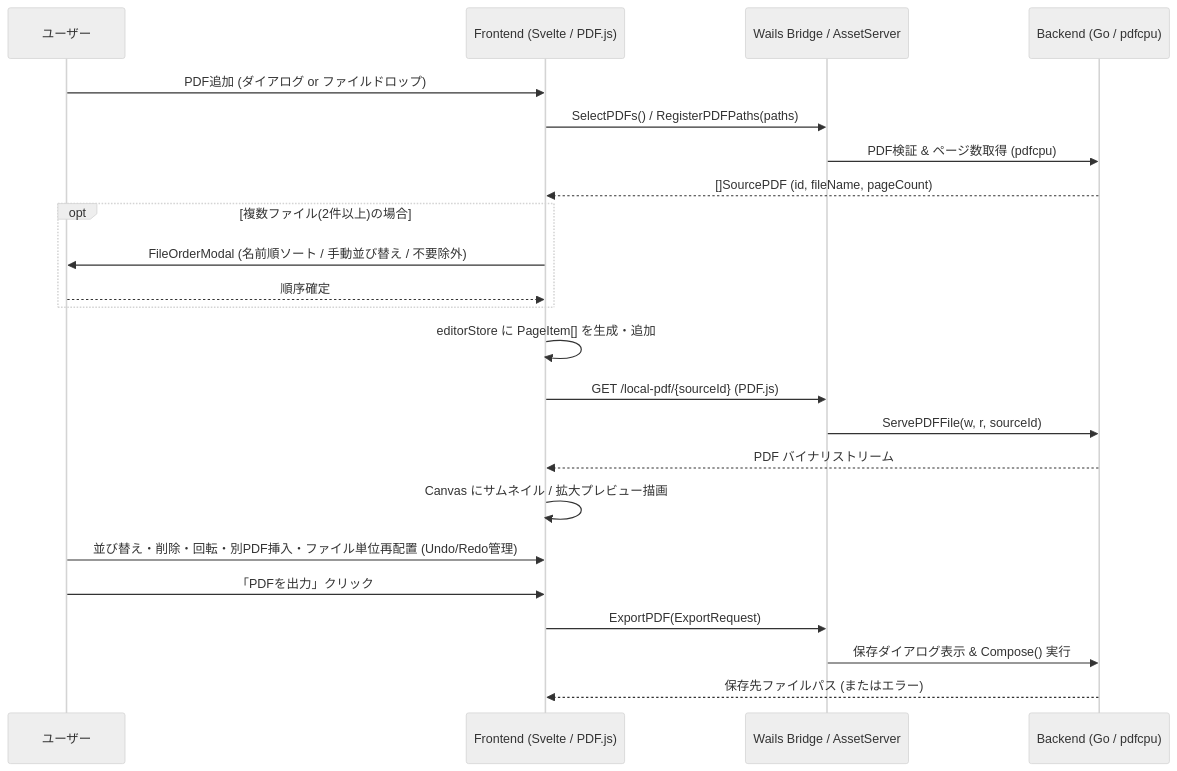
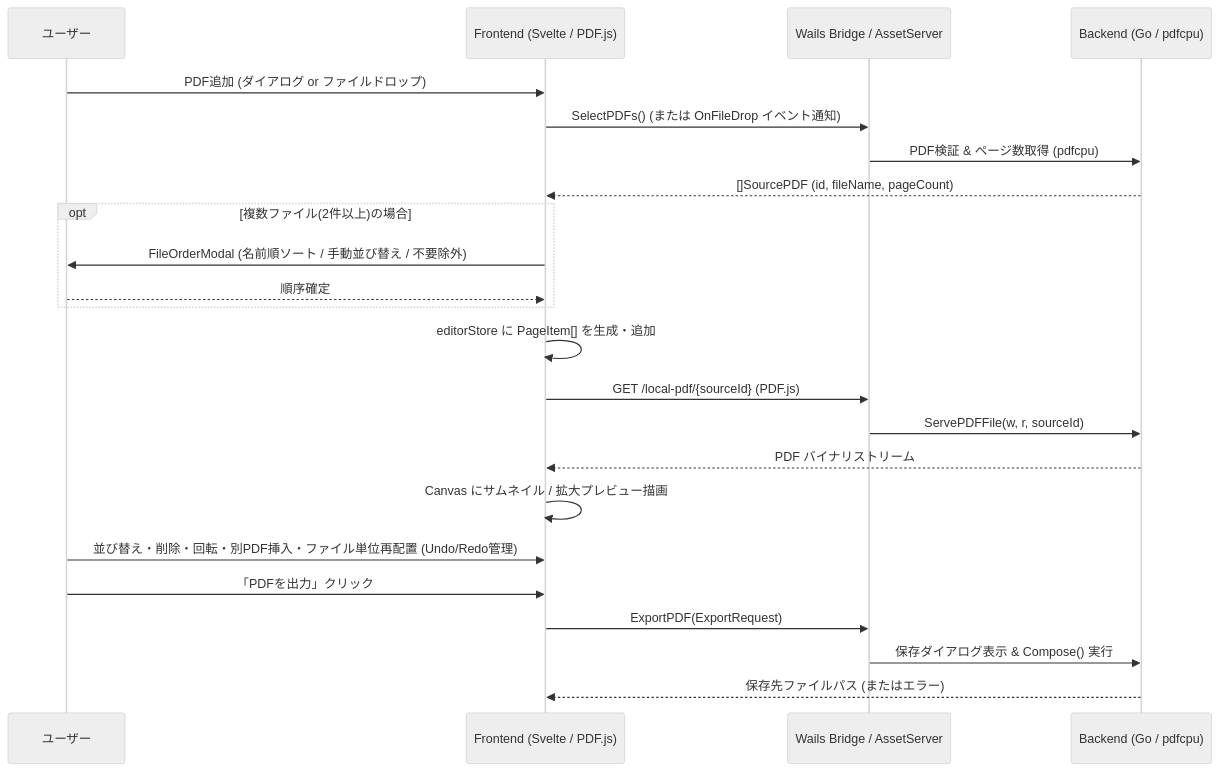
One commit to tfuruha/PdfPageComposer changed the diagram in docs/architecture.md. Above: the diagram before and after it, drawn with Mermaid (neutral theme). The commit also changed other lines of this file and 9 other files, not shown here.

````diff
--- a/docs/architecture.md
+++ b/docs/architecture.md
@@ -18,26 +18,26 @@
 ```mermaid
 sequenceDiagram
     participant User as ユーザー
     participant FE as Frontend (Svelte / PDF.js)
     participant Wails as Wails Bridge / AssetServer
     participant BE as Backend (Go / pdfcpu)
 
     User->>FE: PDF追加 (ダイアログ or ファイルドロップ)
-    FE->>Wails: SelectPDFs() / RegisterPDFPaths(paths)
+    FE->>Wails: SelectPDFs() (または OnFileDrop イベント通知)
     Wails->>BE: PDF検証 & ページ数取得 (pdfcpu)
     BE-->>FE: []SourcePDF (id, fileName, pageCount)
     opt 複数ファイル(2件以上)の場合
         FE->>User: FileOrderModal (名前順ソート / 手動並び替え / 不要除外)
         User-->>FE: 順序確定
     end
     FE->>FE: editorStore に PageItem[] を生成・追加
     FE->>Wails: GET /local-pdf/{sourceId} (PDF.js)
     Wails->>BE: ServePDFFile(w, r, sourceId)
     BE-->>FE: PDF バイナリストリーム
     FE->>FE: Canvas にサムネイル / 拡大プレビュー描画
     User->>FE: 並び替え・削除・回転・別PDF挿入・ファイル単位再配置 (Undo/Redo管理)
     User->>FE: 「PDFを出力」クリック
     FE->>Wails: ExportPDF(ExportRequest)
     Wails->>BE: 保存ダイアログ表示 & Compose() 実行
     BE-->>FE: 保存先ファイルパス (またはエラー)
 ```
````
